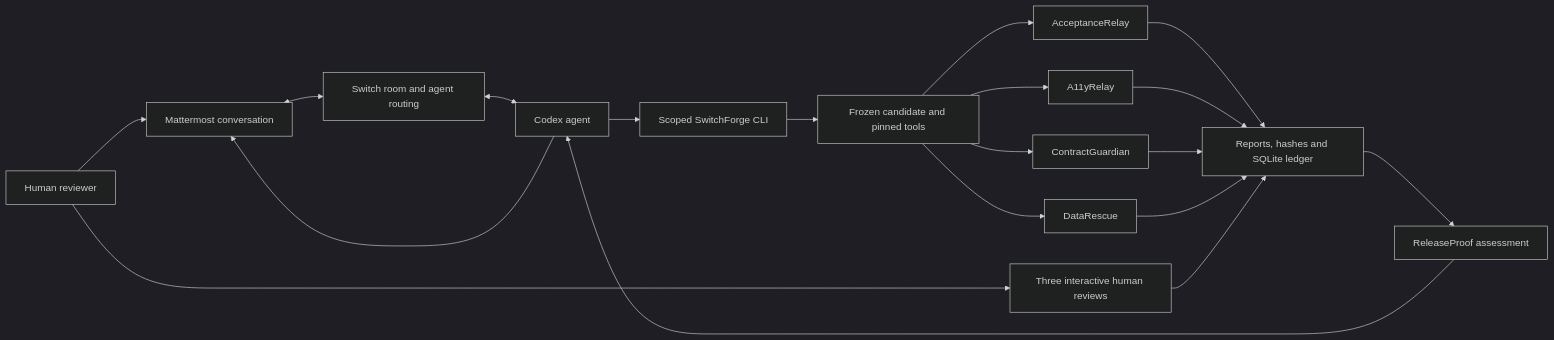
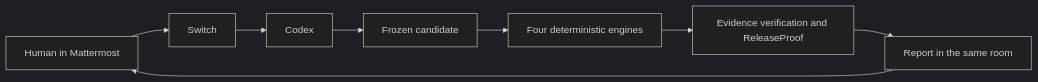
Before and after one commit to YellankiKaushik/Flip-Coin-AI: the diagram in README.md, drawn with Mermaid (dark theme). The commit also changed other lines of this file and 44 other files, not shown here.

Commit message:
docs: organize guides and refresh the SwitchForge presentation

````diff
--- a/README.md
+++ b/README.md
@@ -95,21 +44,10 @@
 ```mermaid
 flowchart LR
-  H[Human reviewer] --> M[Mattermost conversation]
-  M <--> S[Switch room and agent routing]
-  S <--> C[Codex agent]
-  C --> CLI[Scoped SwitchForge CLI]
-  CLI --> F[Frozen candidate and pinned tools]
-  F --> A[AcceptanceRelay]
-  F --> X[A11yRelay]
-  F --> O[ContractGuardian]
-  F --> D[DataRescue]
-  A --> E[Reports, hashes and SQLite ledger]
-  X --> E
-  O --> E
-  D --> E
-  E --> R[ReleaseProof assessment]
-  R --> C
-  C --> M
-  H --> G[Three interactive human reviews]
-  G --> E
+    H[Human in Mattermost] --> S[Switch]
+    S --> C[Codex]
+    C --> F[Frozen candidate]
+    F --> E[Four deterministic engines]
+    E --> P[Evidence verification and ReleaseProof]
+    P --> R[Report in the same room]
+    R --> H
 ```
````
